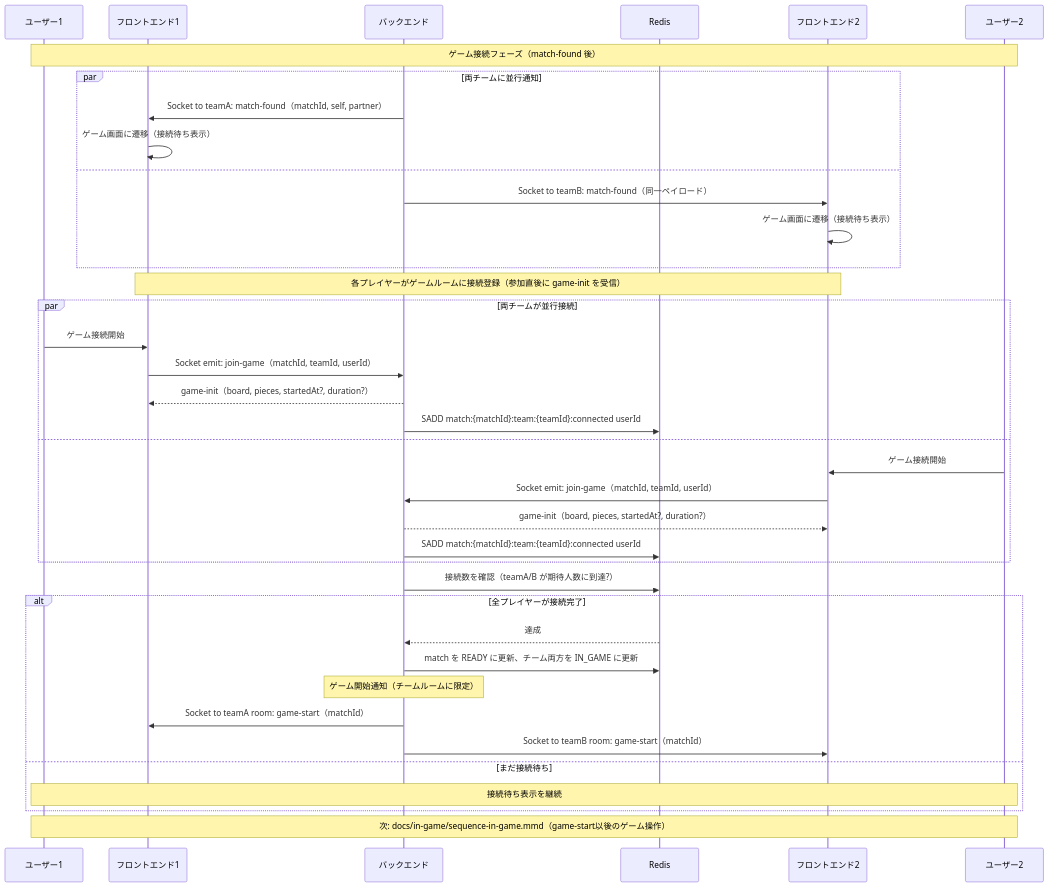
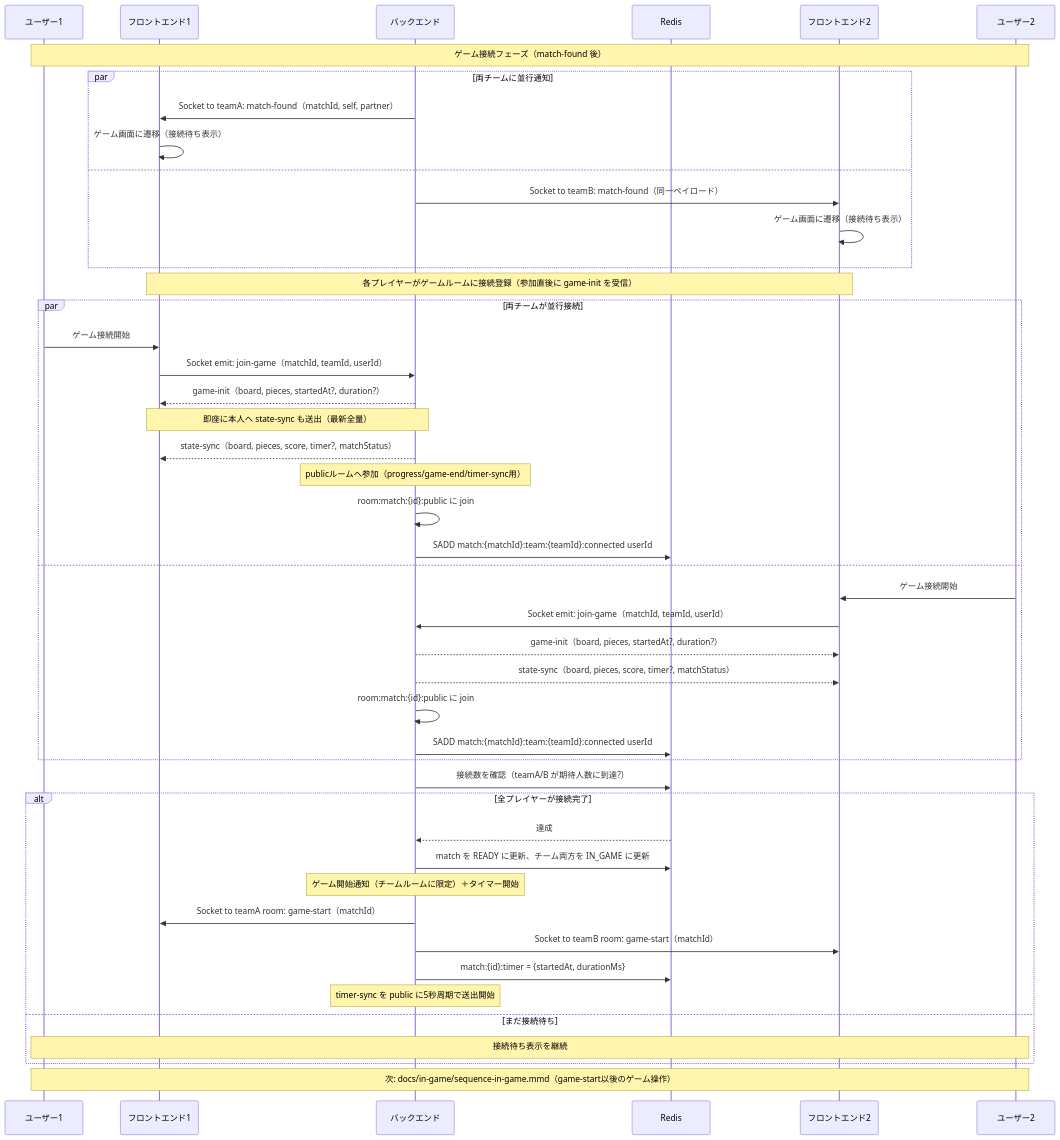
The diagram in docs/sequence-game-connection.mmd (kotek-7/minpuzz), drawn with Mermaid before and after one commit. The commit also changed 6 other files, not shown here.

```diff
--- a/docs/sequence-game-connection.mmd
+++ b/docs/sequence-game-connection.mmd
@@ -1,45 +1,53 @@
 %%{init: {'theme':'default', 'themeVariables': {'primaryColor': '#4f46e5', 'primaryTextColor': '#fff', 'primaryBorderColor': '#3730a3', 'lineColor': '#374151', 'secondaryColor': '#e5e7eb', 'tertiaryColor': '#f3f4f6'}}}%%
 
 sequenceDiagram
     participant U1 as ユーザー1
     participant F1 as フロントエンド1
     participant B as バックエンド
     participant R as Redis
     participant F2 as フロントエンド2
     participant U2 as ユーザー2
 
     Note over U1,U2: ゲーム接続フェーズ（match-found 後）
 
     par 両チームに並行通知
         B->>F1: Socket to teamA: match-found（matchId, self, partner）
         F1->>F1: ゲーム画面に遷移（接続待ち表示）
     and
         B->>F2: Socket to teamB: match-found（同一ペイロード）
         F2->>F2: ゲーム画面に遷移（接続待ち表示）
     end
 
     Note over F1,F2: 各プレイヤーがゲームルームに接続登録（参加直後に game-init を受信）
     par 両チームが並行接続
         U1->>F1: ゲーム接続開始
         F1->>B: Socket emit: join-game（matchId, teamId, userId）
         B-->>F1: game-init（board, pieces, startedAt?, duration?）
+        Note over B,F1: 即座に本人へ state-sync も送出（最新全量）
+        B-->>F1: state-sync（board, pieces, score, timer?, matchStatus）
+        Note over B: publicルームへ参加（progress/game-end/timer-sync用）
+        B->>B: room:match:{id}:public に join
         B->>R: SADD match:{matchId}:team:{teamId}:connected userId
     and
         U2->>F2: ゲーム接続開始
         F2->>B: Socket emit: join-game（matchId, teamId, userId）
         B-->>F2: game-init（board, pieces, startedAt?, duration?）
+        B-->>F2: state-sync（board, pieces, score, timer?, matchStatus）
+        B->>B: room:match:{id}:public に join
         B->>R: SADD match:{matchId}:team:{teamId}:connected userId
     end
 
     B->>R: 接続数を確認（teamA/B が期待人数に到達?）
     alt 全プレイヤーが接続完了
         R-->>B: 達成
         B->>R: match を READY に更新、チーム両方を IN_GAME に更新
-        Note over B: ゲーム開始通知（チームルームに限定）
+        Note over B: ゲーム開始通知（チームルームに限定）＋タイマー開始
         B->>F1: Socket to teamA room: game-start（matchId）
         B->>F2: Socket to teamB room: game-start（matchId）
+        B->>R: match:{id}:timer = {startedAt, durationMs}
+        Note over B: timer-sync を public に5秒周期で送出開始
     else まだ接続待ち
         Note over U1,U2: 接続待ち表示を継続
     end
 
     Note over U1,U2: 次: docs/in-game/sequence-in-game.mmd（game-start以後のゲーム操作）
```
